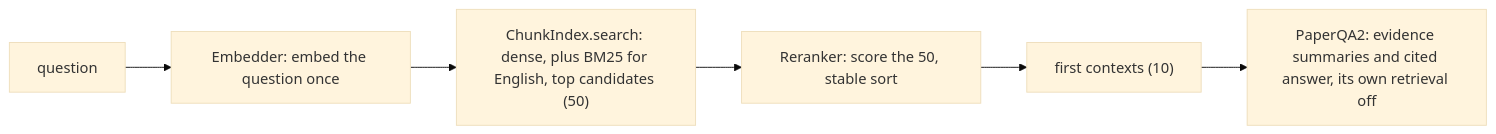
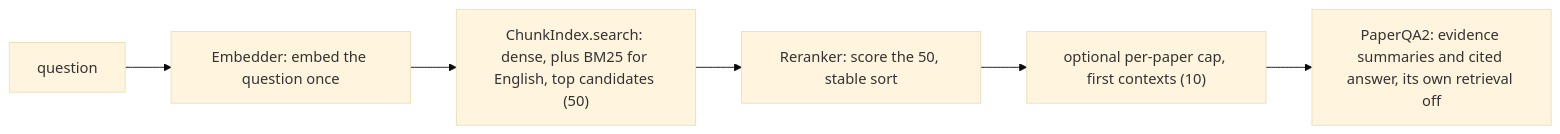
The ninth of 9 diagrams in packages/docingest/README.md (etxsA/doc-ingest), drawn with Mermaid (base theme) before and after one commit. The commit also changed other lines of this file and 16 other files, not shown here.

First line of the commit message:
perf(ask): apply the per-paper cap after reranking

````diff
--- a/packages/docingest/README.md
+++ b/packages/docingest/README.md
@@ -710,8 +710,8 @@
 ```mermaid
 flowchart LR
     Q["question"] --> E["Embedder: embed the question once"]
     E --> S["ChunkIndex.search: dense, plus BM25 for English, top candidates (50)"]
     S --> R["Reranker: score the 50, stable sort"]
-    R --> C["first contexts (10)"]
+    R --> C["optional per-paper cap, first contexts (10)"]
     C --> P["PaperQA2: evidence summaries and cited answer, its own retrieval off"]
 ```
````
